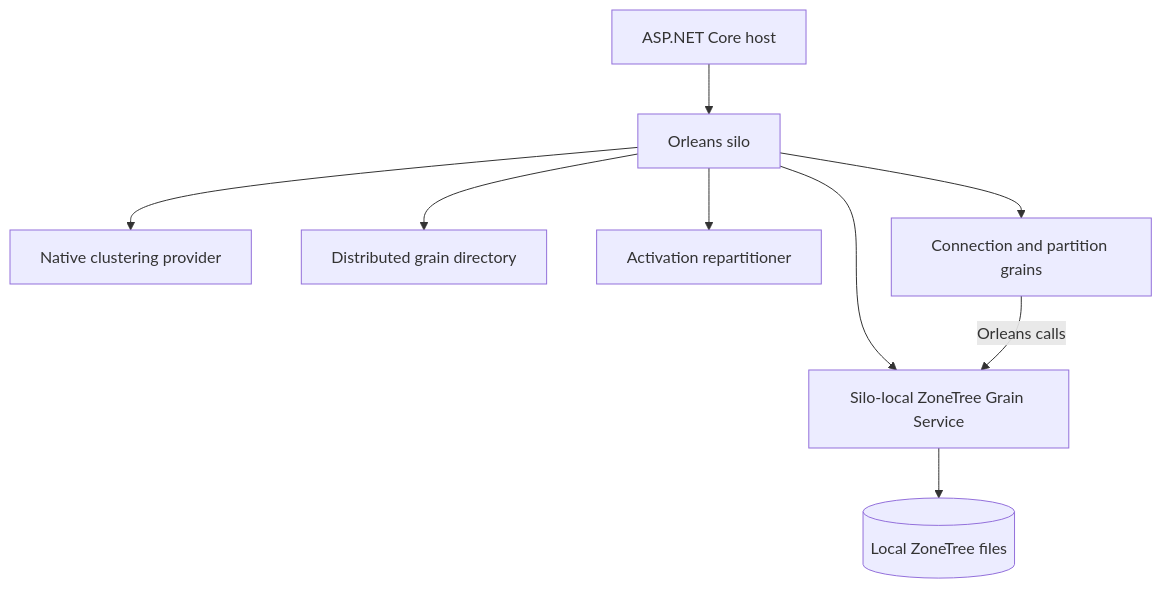
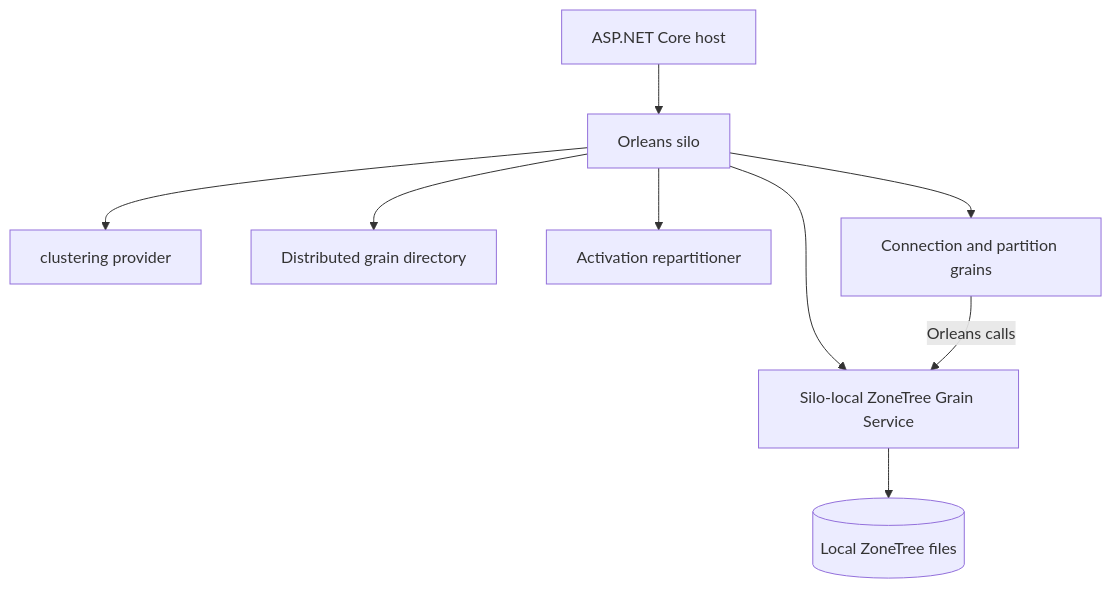
Before and after one commit to managedcode/KeyLoad: the diagram in docs/ADR/ADR-036-orleans-foundation.md, drawn with Mermaid. The commit also changed other lines of this file and 9016 other files, not shown here.

````diff
--- a/docs/ADR/ADR-036-orleans-foundation.md
+++ b/docs/ADR/ADR-036-orleans-foundation.md
@@ -20,11 +20,11 @@
 ```mermaid
 flowchart TD
     Host[ASP.NET Core host] --> Silo[Orleans silo]
-    Silo --> Membership[Native clustering provider]
+    Silo --> Membership[clustering provider]
     Silo --> Directory[Distributed grain directory]
     Silo --> Repartitioner[Activation repartitioner]
     Silo --> Service[Silo-local ZoneTree Grain Service]
     Silo --> Grains[Connection and partition grains]
     Grains -->|Orleans calls| Service
     Service --> Files[(Local ZoneTree files)]
 ```
````
